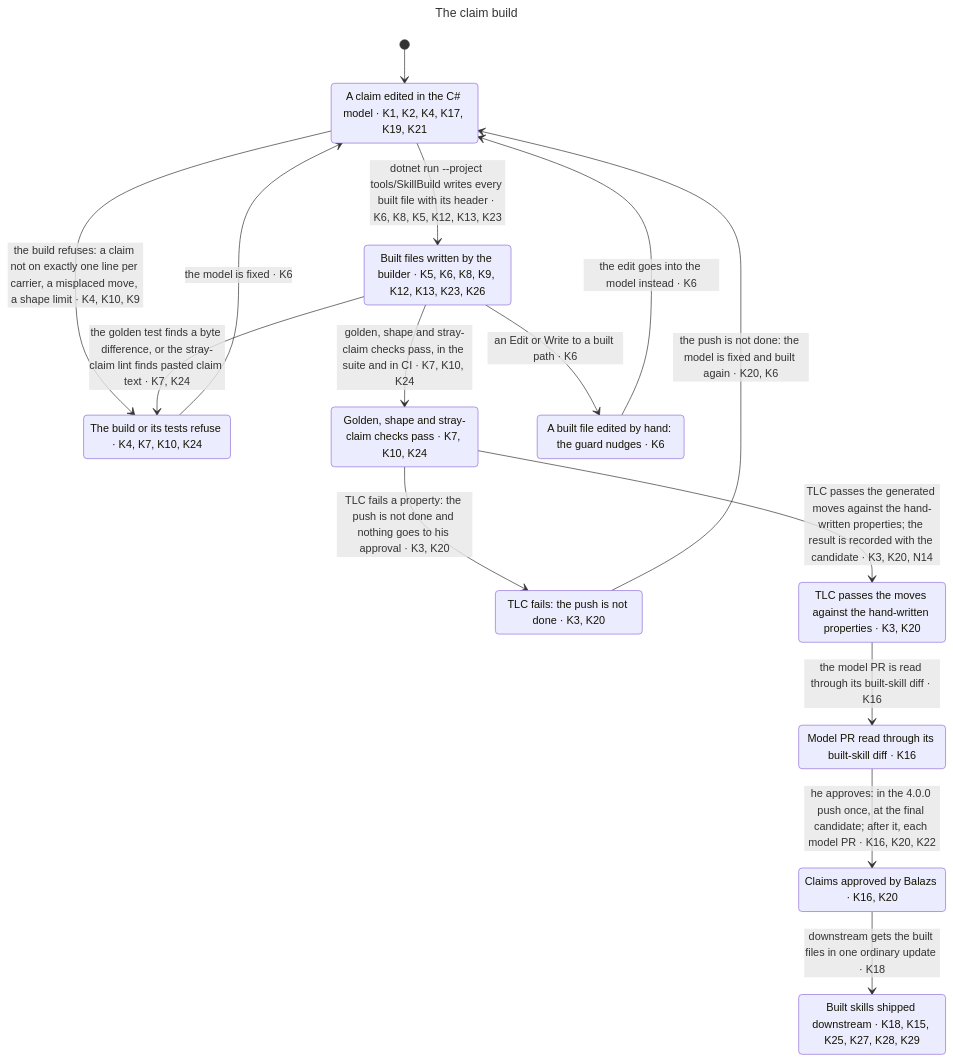
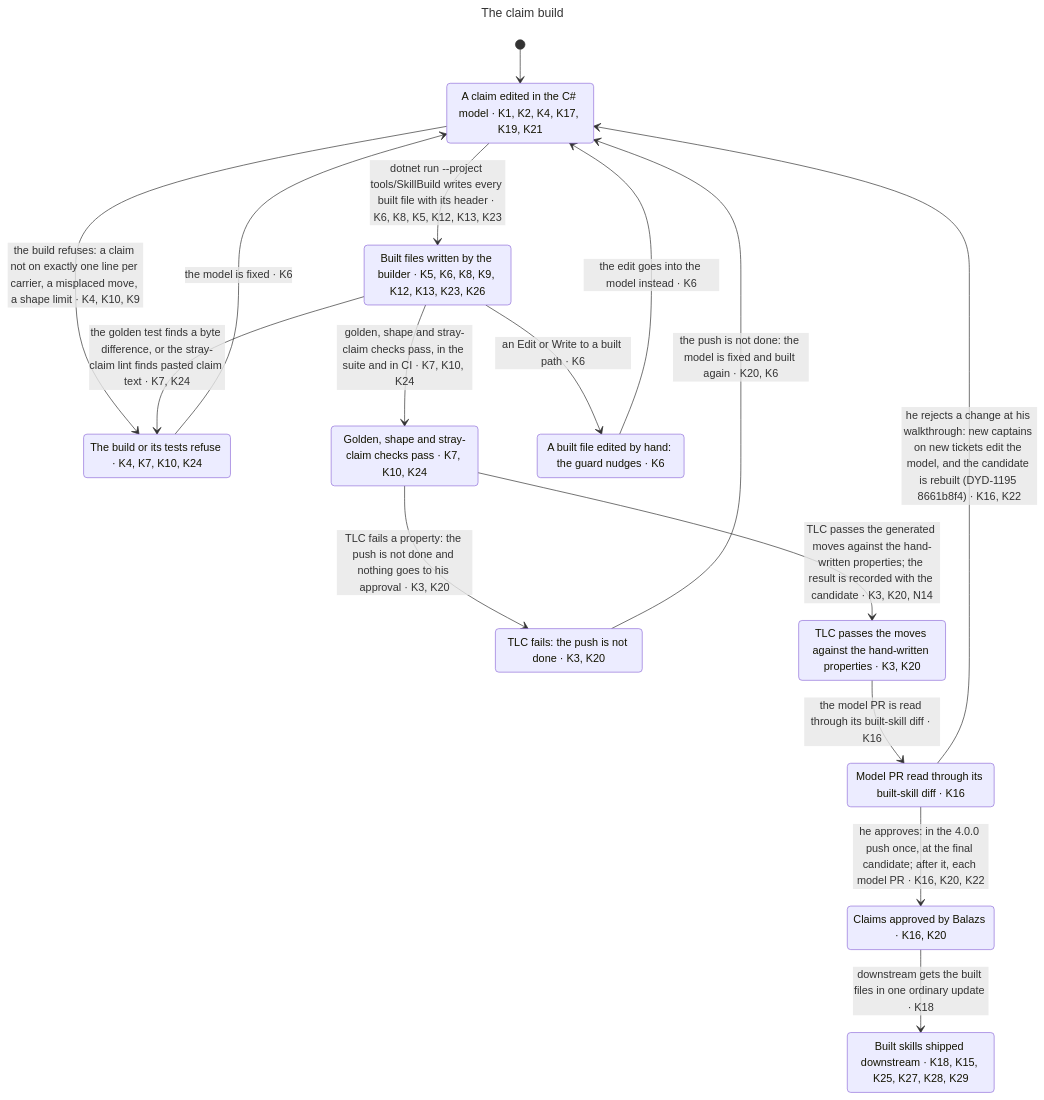
Before and after one commit to BalazsOrg/dydo: the diagram in claims/statechart/claim-build/chart.mmd, drawn with Mermaid. The commit also changed 9 other files, not shown here.

First line of the commit message:
DYD-1286 implement: charts and statechart README follow the closed GAPs

```diff
--- a/claims/statechart/claim-build/chart.mmd
+++ b/claims/statechart/claim-build/chart.mmd
@@ -1,28 +1,29 @@
 ---
 title: "The claim build"
 ---
 stateDiagram-v2
   s0: A claim edited in the C#35; model #183; K1, K2, K4, K17, K19, K21
   s1: Built files written by the builder #183; K5, K6, K8, K9, K12, K13, K23, K26
   s2: The build or its tests refuse #183; K4, K7, K10, K24
   s3: Golden, shape and stray-claim checks pass #183; K7, K10, K24
   s4: A built file edited by hand: the guard nudges #183; K6
   s5: TLC fails: the push is not done #183; K3, K20
   s6: TLC passes the moves against the hand-written properties #183; K3, K20
   s7: Model PR read through its built-skill diff #183; K16
   s8: Claims approved by Balazs #183; K16, K20
   s9: Built skills shipped downstream #183; K18, K15, K25, K27, K28, K29
   [*] --> s0
   s0 --> s1: dotnet run --project tools/SkillBuild writes every built file with its header #183; K6, K8, K5, K12, K13, K23
   s0 --> s2: the build refuses: a claim not on exactly one line per carrier, a misplaced move, a shape limit #183; K4, K10, K9
   s1 --> s2: the golden test finds a byte difference, or the stray-claim lint finds pasted claim text #183; K7, K24
   s1 --> s3: golden, shape and stray-claim checks pass, in the suite and in CI #183; K7, K10, K24
   s1 --> s4: an Edit or Write to a built path #183; K6
   s2 --> s0: the model is fixed #183; K6
   s3 --> s5: TLC fails a property: the push is not done and nothing goes to his approval #183; K3, K20
   s3 --> s6: TLC passes the generated moves against the hand-written properties#59; the result is recorded with the candidate #183; K3, K20, N14
   s4 --> s0: the edit goes into the model instead #183; K6
   s5 --> s0: the push is not done: the model is fixed and built again #183; K20, K6
   s6 --> s7: the model PR is read through its built-skill diff #183; K16
+  s7 --> s0: he rejects a change at his walkthrough: new captains on new tickets edit the model, and the candidate is rebuilt (DYD-1195 8661b8f4) #183; K16, K22
   s7 --> s8: he approves: in the 4.0.0 push once, at the final candidate#59; after it, each model PR #183; K16, K20, K22
   s8 --> s9: downstream gets the built files in one ordinary update #183; K18
```
